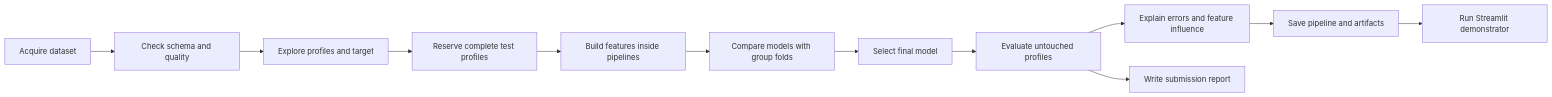
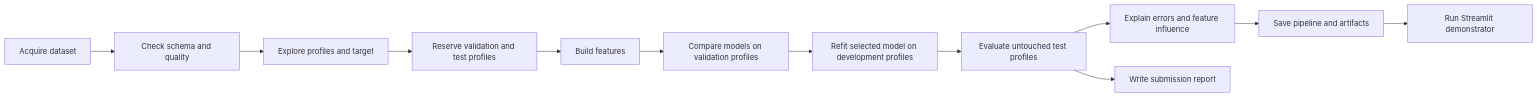
Before and after one commit to Kanha-Gupta18/ai-project: the diagram in docs/FLOW_DIAGRAM.md, drawn with Mermaid. The commit also changed 10 other files, not shown here.

Commit message:
fix: separate model selection from final evaluation

````diff
--- a/docs/FLOW_DIAGRAM.md
+++ b/docs/FLOW_DIAGRAM.md
@@ -3,14 +3,14 @@
 ```mermaid
 flowchart LR
     A[Acquire dataset] --> B[Check schema and quality]
     B --> C[Explore profiles and target]
-    C --> D[Reserve complete test profiles]
-    D --> E[Build features inside pipelines]
-    E --> F[Compare models with group folds]
-    F --> G[Select final model]
-    G --> H[Evaluate untouched profiles]
+    C --> D[Reserve validation and test profiles]
+    D --> E[Build features]
+    E --> F[Compare models on validation profiles]
+    F --> G[Refit selected model on development profiles]
+    G --> H[Evaluate untouched test profiles]
     H --> I[Explain errors and feature influence]
     I --> J[Save pipeline and artifacts]
     J --> K[Run Streamlit demonstrator]
     H --> L[Write submission report]
 ```
````
